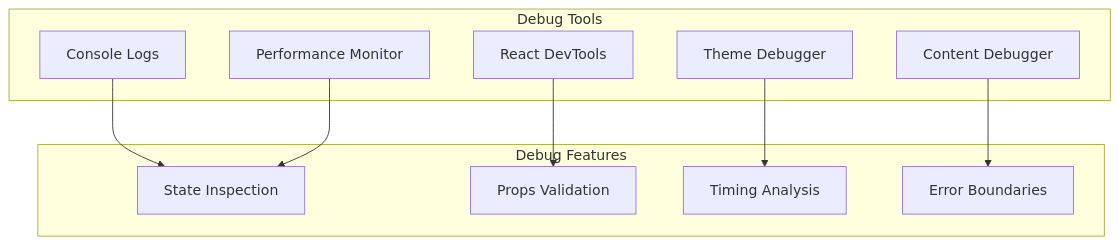
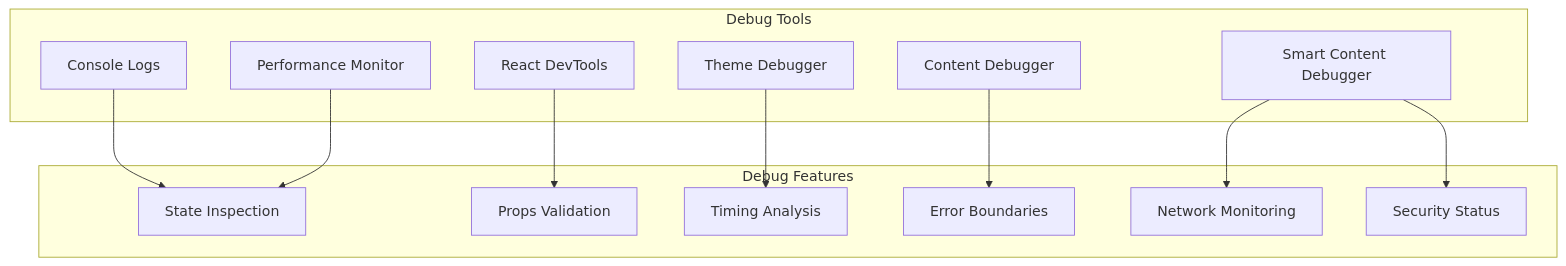
Diagram 20 of 21 in ARCHITECTURE.md (AahrbitX/Arc-it), drawn with Mermaid before and after one commit. The commit also changed other lines of this file and 7 other files, not shown here.

Commit message:
Update all documentation for Arc-it 1.1.0 with Smart Content Loading features

````diff
--- a/ARCHITECTURE.md
+++ b/ARCHITECTURE.md
@@ -652,23 +781,28 @@
 ```mermaid
 graph TD
     subgraph "Debug Tools"
         LOGS[Console Logs]
         DEVTOOLS[React DevTools]
         THEME_DEBUG[Theme Debugger]
         CONTENT_DEBUG[Content Debugger]
         PERFORMANCE[Performance Monitor]
+        SMART_DEBUG[Smart Content Debugger]
     end
     
     subgraph "Debug Features"
         STATE[State Inspection]
         PROPS[Props Validation]
         TIMING[Timing Analysis]
         ERRORS[Error Boundaries]
+        NETWORK[Network Monitoring]
+        SECURITY[Security Status]
     end
     
     LOGS --> STATE
     DEVTOOLS --> PROPS
     THEME_DEBUG --> TIMING
     CONTENT_DEBUG --> ERRORS
     PERFORMANCE --> STATE
+    SMART_DEBUG --> NETWORK
+    SMART_DEBUG --> SECURITY
 ```
````
